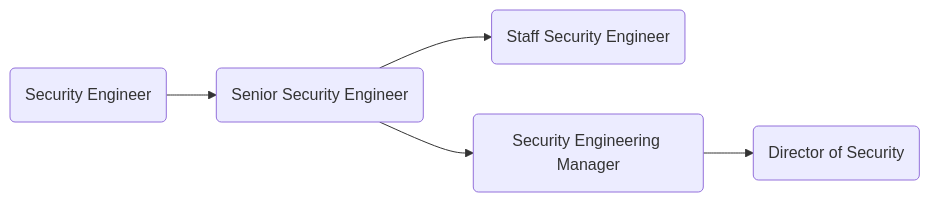
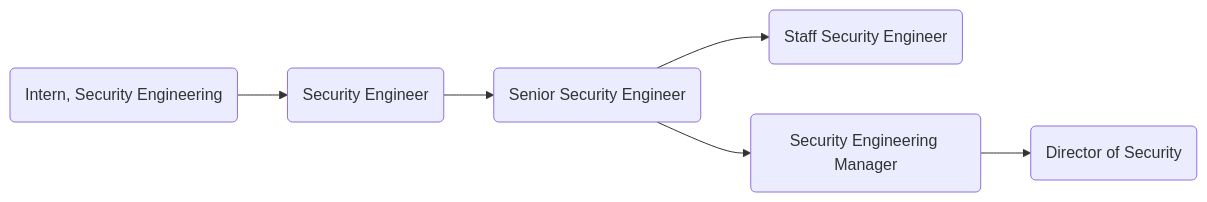
One commit to secretstartups/handbook changed the second of 6 diagrams in career-development/index.html.md. Above: the diagram before and after it, drawn with Mermaid. The commit also changed other lines of this file, not shown here.

Commit message:
Deprecating the Junior level in favour of the "Intern" level in Engineering

````diff
--- a/career-development/index.html.md
+++ b/career-development/index.html.md
@@ -176,13 +176,15 @@
 ```mermaid
   graph LR;
+  sec:s(Intern, Security Engineering)-->sec:se(Security Engineer) 
   sec:se(Security Engineer)-->sec:sse(Senior Security Engineer);
   sec:sse(Senior Security Engineer)-->sec:stse(Staff Security Engineer);
   sec:sse(Senior Security Engineer)-->sec:sem(Security Engineering Manager);
   sec:sem(Security Engineering Manager)-->sec:ds(Director of Security);
 
+  click sec:s "LINK"
   click sec:se "/job-families/engineering/security-engineer/#intermediate-security-engineer";
   click sec:sse "/job-families/engineering/security-engineer/#senior-security-engineer";
   click sec:stse "/job-families/engineering/security-engineer/#staff-security-engineer";
   click sec:sem "/job-families/engineering/security-management#security-engineering-manager";
   click sec:ds "/job-families/engineering/security-management#director-of-security";
 ```
````
